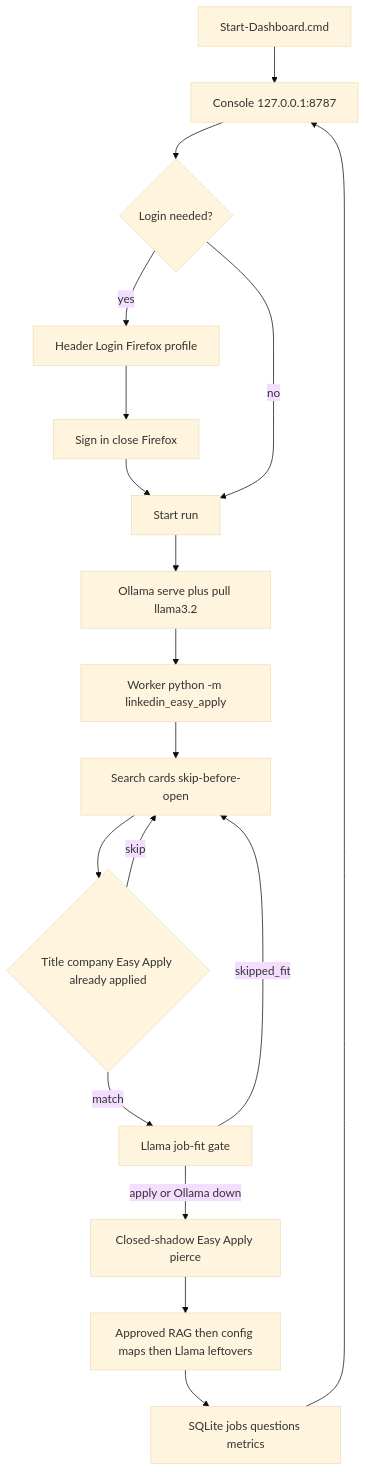
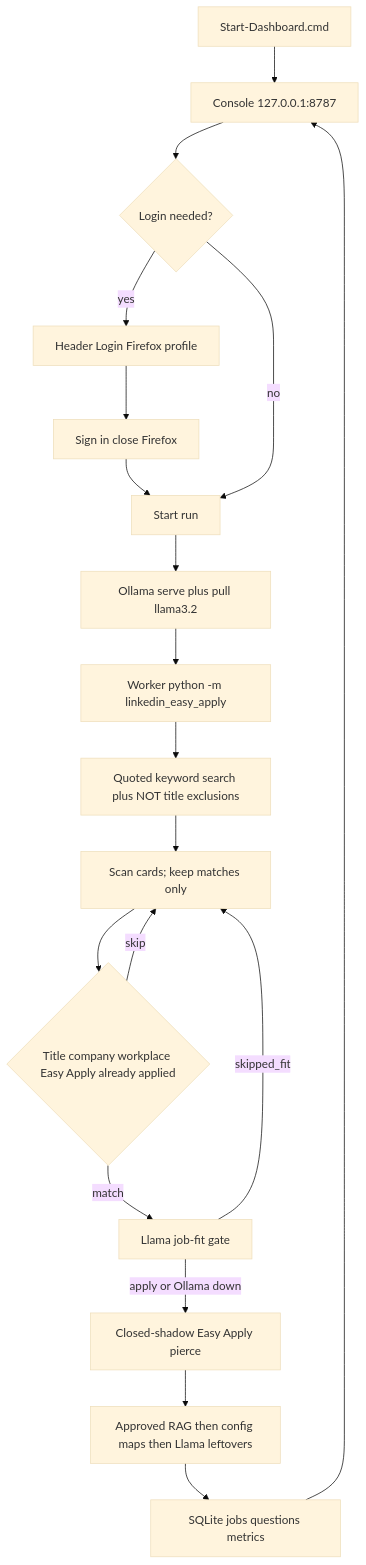
The first of 2 diagrams in docs/architecture.md (TapiwaChikwenya/linkedin-application-bot), drawn with Mermaid (base theme) before and after one commit. The commit also changed other lines of this file and 39 other files, not shown here.

Commit message:
Fill leftover Easy Apply answers from grounded inference instead of leaving them blank.

````diff
--- a/docs/architecture.md
+++ b/docs/architecture.md
@@ -15,20 +15,21 @@
 ```mermaid
 flowchart TD
   A[Start-Dashboard.cmd] --> B[Console 127.0.0.1:8787]
   B --> C{Login needed?}
   C -->|yes| D[Header Login Firefox profile]
   D --> E[Sign in close Firefox]
   E --> F[Start run]
   C -->|no| F
   F --> G[Ollama serve plus pull llama3.2]
   G --> H[Worker python -m linkedin_easy_apply]
-  H --> I[Search cards skip-before-open]
-  I --> J{Title company Easy Apply already applied}
-  J -->|skip| I
-  J -->|match| K[Llama job-fit gate]
-  K -->|skipped_fit| I
-  K -->|apply or Ollama down| L[Closed-shadow Easy Apply pierce]
-  L --> M[Approved RAG then config maps then Llama leftovers]
-  M --> N[SQLite jobs questions metrics]
-  N --> B
+  H --> I[Quoted keyword search plus NOT title exclusions]
+  I --> J[Scan cards; keep matches only]
+  J --> K{Title company workplace Easy Apply already applied}
+  K -->|skip| J
+  K -->|match| L[Llama job-fit gate]
+  L -->|skipped_fit| J
+  L -->|apply or Ollama down| M[Closed-shadow Easy Apply pierce]
+  M --> N[Approved RAG then config maps then Llama leftovers]
+  N --> O[SQLite jobs questions metrics]
+  O --> B
 ```
````
